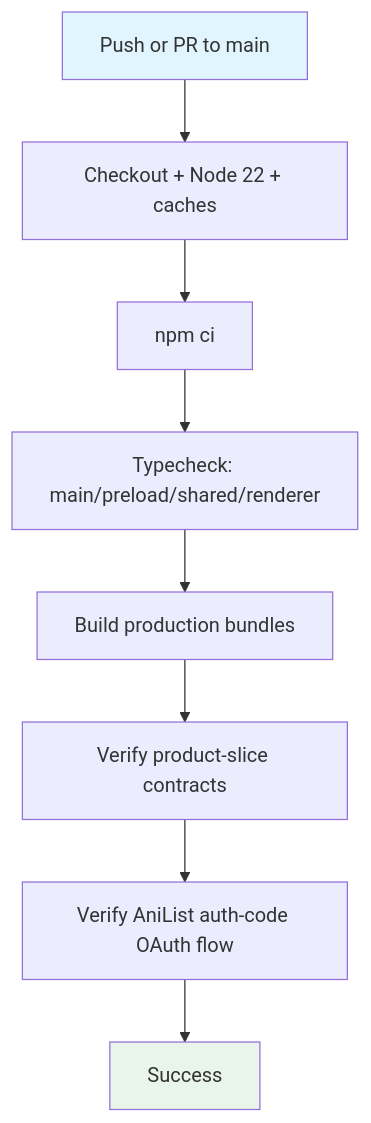
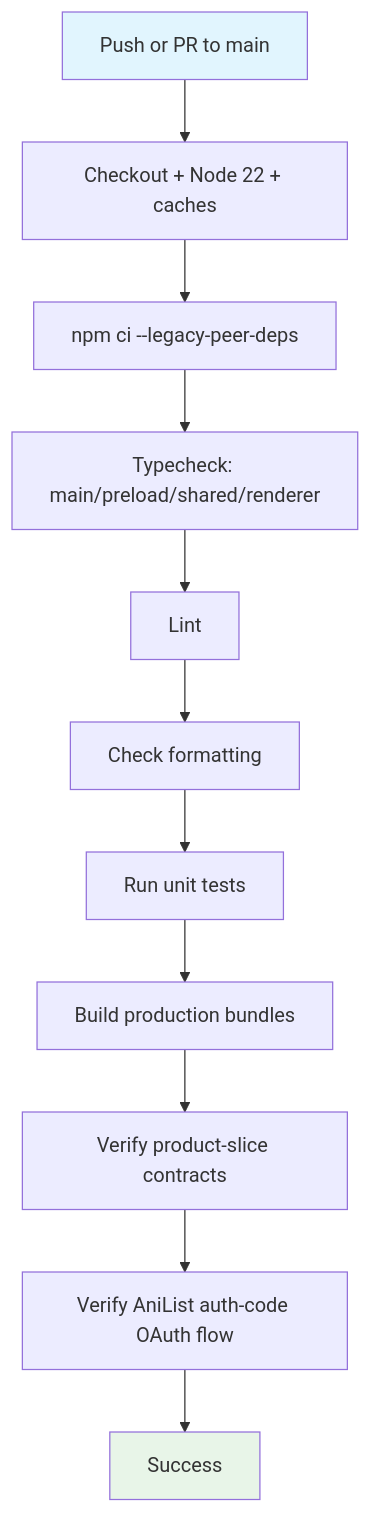
The diagram in spec/spec-process-cicd-ci.md (Athen2045/AniStream), drawn with Mermaid before and after one commit. The commit also changed other lines of this file and 6 other files, not shown here.

Commit message:
feat: update CI/CD workflows to include linting, formatting checks, and unit tests; switch to npm ci --legacy-peer-deps for dependency installation

````diff
--- a/spec/spec-process-cicd-ci.md
+++ b/spec/spec-process-cicd-ci.md
@@ -18,13 +18,16 @@
 ```mermaid
 graph TD
     A[Push or PR to main] --> B[Checkout + Node 22 + caches]
-    B --> C[npm ci]
+    B --> C["npm ci --legacy-peer-deps"]
     C --> D[Typecheck: main/preload/shared/renderer]
-    D --> E[Build production bundles]
-    E --> F[Verify product-slice contracts]
-    F --> G[Verify AniList auth-code OAuth flow]
-    G --> H[Success]
+    D --> E[Lint]
+    E --> F[Check formatting]
+    F --> G[Run unit tests]
+    G --> H[Build production bundles]
+    H --> I[Verify product-slice contracts]
+    I --> J[Verify AniList auth-code OAuth flow]
+    J --> K[Success]
 
     style A fill:#e1f5fe
-    style H fill:#e8f5e8
+    style K fill:#e8f5e8
 ```
````
